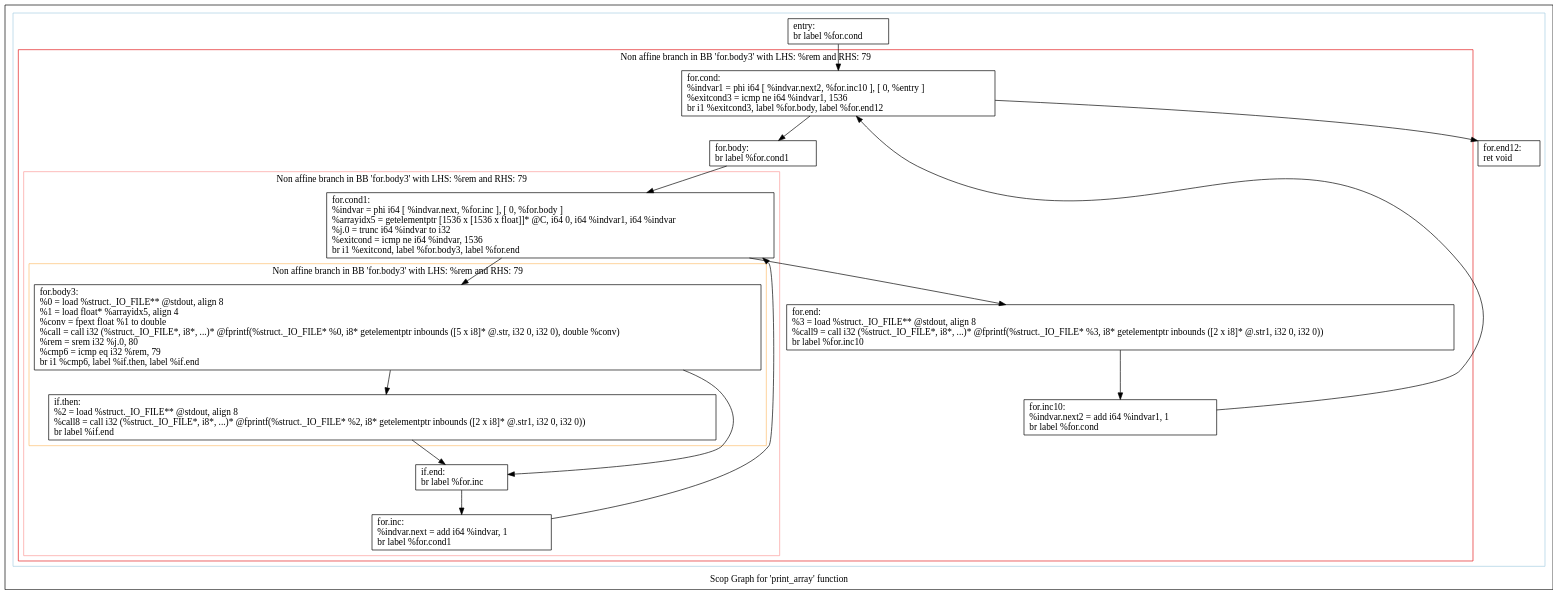
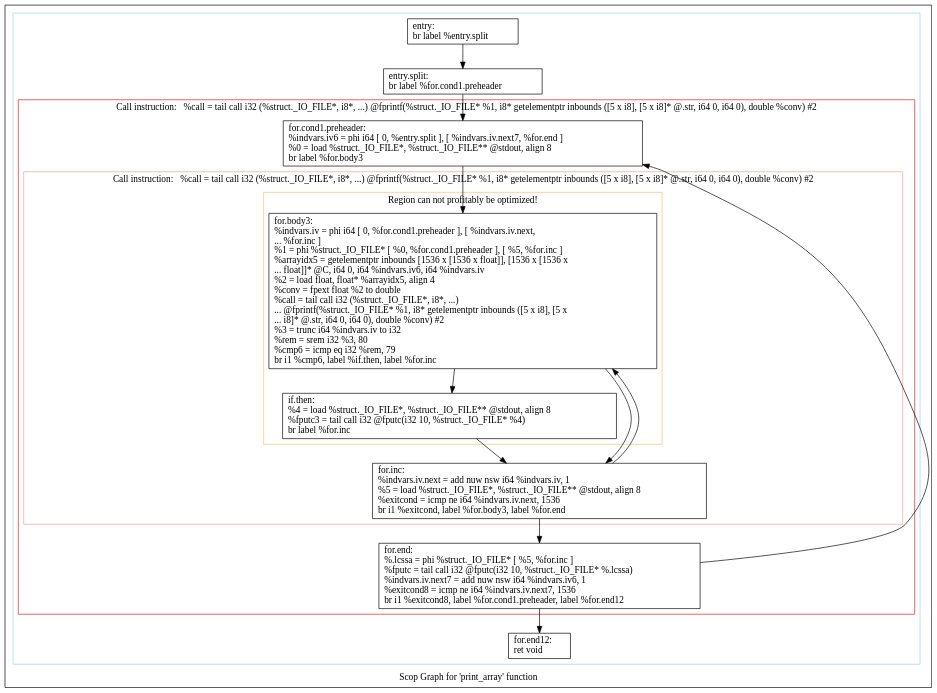
One commit to intel/quantum-intrinsics changed the diagram in polly/www/experiments/matmul/scops.print_array.dot. Above: the diagram before and after it, drawn with Graphviz. The commit also changed 20 other files, not shown here.

```diff
--- a/polly/www/experiments/matmul/scops.print_array.dot
+++ b/polly/www/experiments/matmul/scops.print_array.dot
@@ -1,60 +1,51 @@
 digraph "Scop Graph for 'print_array' function" {
 	label="Scop Graph for 'print_array' function";
 
-	Node0x17d2200 [shape=record,label="{entry:\l  br label %for.cond\l}"];
-	Node0x17d2200 -> Node0x17d4f20;
-	Node0x17d4f20 [shape=record,label="{for.cond:                                         \l  %indvar1 = phi i64 [ %indvar.next2, %for.inc10 ], [ 0, %entry ]\l  %exitcond3 = icmp ne i64 %indvar1, 1536\l  br i1 %exitcond3, label %for.body, label %for.end12\l}"];
-	Node0x17d4f20 -> Node0x17d3680;
-	Node0x17d4f20 -> Node0x17d9fc0;
-	Node0x17d3680 [shape=record,label="{for.body:                                         \l  br label %for.cond1\l}"];
-	Node0x17d3680 -> Node0x17da220;
-	Node0x17da220 [shape=record,label="{for.cond1:                                        \l  %indvar = phi i64 [ %indvar.next, %for.inc ], [ 0, %for.body ]\l  %arrayidx5 = getelementptr [1536 x [1536 x float]]* @C, i64 0, i64 %indvar1, i64 %indvar\l  %j.0 = trunc i64 %indvar to i32\l  %exitcond = icmp ne i64 %indvar, 1536\l  br i1 %exitcond, label %for.body3, label %for.end\l}"];
-	Node0x17da220 -> Node0x17d9ea0;
-	Node0x17da220 -> Node0x17da0f0;
-	Node0x17d9ea0 [shape=record,label="{for.body3:                                        \l  %0 = load %struct._IO_FILE** @stdout, align 8\l  %1 = load float* %arrayidx5, align 4\l  %conv = fpext float %1 to double\l  %call = call i32 (%struct._IO_FILE*, i8*, ...)* @fprintf(%struct._IO_FILE* %0, i8* getelementptr inbounds ([5 x i8]* @.str, i32 0, i32 0), double %conv)\l  %rem = srem i32 %j.0, 80\l  %cmp6 = icmp eq i32 %rem, 79\l  br i1 %cmp6, label %if.then, label %if.end\l}"];
-	Node0x17d9ea0 -> Node0x17d9ec0;
-	Node0x17d9ea0 -> Node0x17da060;
-	Node0x17d9ec0 [shape=record,label="{if.then:                                          \l  %2 = load %struct._IO_FILE** @stdout, align 8\l  %call8 = call i32 (%struct._IO_FILE*, i8*, ...)* @fprintf(%struct._IO_FILE* %2, i8* getelementptr inbounds ([2 x i8]* @.str1, i32 0, i32 0))\l  br label %if.end\l}"];
-	Node0x17d9ec0 -> Node0x17da060;
-	Node0x17da060 [shape=record,label="{if.end:                                           \l  br label %for.inc\l}"];
-	Node0x17da060 -> Node0x17da200;
-	Node0x17da200 [shape=record,label="{for.inc:                                          \l  %indvar.next = add i64 %indvar, 1\l  br label %for.cond1\l}"];
-	Node0x17da200 -> Node0x17da220[constraint=false];
-	Node0x17da0f0 [shape=record,label="{for.end:                                          \l  %3 = load %struct._IO_FILE** @stdout, align 8\l  %call9 = call i32 (%struct._IO_FILE*, i8*, ...)* @fprintf(%struct._IO_FILE* %3, i8* getelementptr inbounds ([2 x i8]* @.str1, i32 0, i32 0))\l  br label %for.inc10\l}"];
-	Node0x17da0f0 -> Node0x17da080;
-	Node0x17da080 [shape=record,label="{for.inc10:                                        \l  %indvar.next2 = add i64 %indvar1, 1\l  br label %for.cond\l}"];
-	Node0x17da080 -> Node0x17d4f20[constraint=false];
-	Node0x17d9fc0 [shape=record,label="{for.end12:                                        \l  ret void\l}"];
+	Node0x5b5ee00 [shape=record,label="{entry:\l  br label %entry.split\l}"];
+	Node0x5b5ee00 -> Node0x5b5ee50;
+	Node0x5b5ee50 [shape=record,label="{entry.split:                                      \l  br label %for.cond1.preheader\l}"];
+	Node0x5b5ee50 -> Node0x5b5ee70;
+	Node0x5b5ee70 [shape=record,label="{for.cond1.preheader:                              \l  %indvars.iv6 = phi i64 [ 0, %entry.split ], [ %indvars.iv.next7, %for.end ]\l  %0 = load %struct._IO_FILE*, %struct._IO_FILE** @stdout, align 8\l  br label %for.body3\l}"];
+	Node0x5b5ee70 -> Node0x5b5ee20;
+	Node0x5b5ee20 [shape=record,label="{for.body3:                                        \l  %indvars.iv = phi i64 [ 0, %for.cond1.preheader ], [ %indvars.iv.next,\l... %for.inc ]\l  %1 = phi %struct._IO_FILE* [ %0, %for.cond1.preheader ], [ %5, %for.inc ]\l  %arrayidx5 = getelementptr inbounds [1536 x [1536 x float]], [1536 x [1536 x\l... float]]* @C, i64 0, i64 %indvars.iv6, i64 %indvars.iv\l  %2 = load float, float* %arrayidx5, align 4\l  %conv = fpext float %2 to double\l  %call = tail call i32 (%struct._IO_FILE*, i8*, ...)\l... @fprintf(%struct._IO_FILE* %1, i8* getelementptr inbounds ([5 x i8], [5 x\l... i8]* @.str, i64 0, i64 0), double %conv) #2\l  %3 = trunc i64 %indvars.iv to i32\l  %rem = srem i32 %3, 80\l  %cmp6 = icmp eq i32 %rem, 79\l  br i1 %cmp6, label %if.then, label %for.inc\l}"];
+	Node0x5b5ee20 -> Node0x5b60d10;
+	Node0x5b5ee20 -> Node0x5b60d70;
+	Node0x5b60d10 [shape=record,label="{if.then:                                          \l  %4 = load %struct._IO_FILE*, %struct._IO_FILE** @stdout, align 8\l  %fputc3 = tail call i32 @fputc(i32 10, %struct._IO_FILE* %4)\l  br label %for.inc\l}"];
+	Node0x5b60d10 -> Node0x5b60d70;
+	Node0x5b60d70 [shape=record,label="{for.inc:                                          \l  %indvars.iv.next = add nuw nsw i64 %indvars.iv, 1\l  %5 = load %struct._IO_FILE*, %struct._IO_FILE** @stdout, align 8\l  %exitcond = icmp ne i64 %indvars.iv.next, 1536\l  br i1 %exitcond, label %for.body3, label %for.end\l}"];
+	Node0x5b60d70 -> Node0x5b5ee20[constraint=false];
+	Node0x5b60d70 -> Node0x5b60e10;
+	Node0x5b60e10 [shape=record,label="{for.end:                                          \l  %.lcssa = phi %struct._IO_FILE* [ %5, %for.inc ]\l  %fputc = tail call i32 @fputc(i32 10, %struct._IO_FILE* %.lcssa)\l  %indvars.iv.next7 = add nuw nsw i64 %indvars.iv6, 1\l  %exitcond8 = icmp ne i64 %indvars.iv.next7, 1536\l  br i1 %exitcond8, label %for.cond1.preheader, label %for.end12\l}"];
+	Node0x5b60e10 -> Node0x5b5ee70[constraint=false];
+	Node0x5b60e10 -> Node0x5b60e70;
+	Node0x5b60e70 [shape=record,label="{for.end12:                                        \l  ret void\l}"];
 	colorscheme = "paired12"
-        subgraph cluster_0x17d38f0 {
+        subgraph cluster_0x5b349a0 {
           label = "";
           style = solid;
           color = 1
-          subgraph cluster_0x17d4030 {
-            label = "Non affine branch in BB 'for.body3' with LHS: %rem and RHS: 79";
+          subgraph cluster_0x5b5c2c0 {
+            label = "Call instruction:   %call = tail call i32 (%struct._IO_FILE*, i8*, ...) @fprintf(%struct._IO_FILE* %1, i8* getelementptr inbounds ([5 x i8], [5 x i8]* @.str, i64 0, i64 0), double %conv) #2";
             style = solid;
             color = 6
-            subgraph cluster_0x17d3fb0 {
-              label = "Non affine branch in BB 'for.body3' with LHS: %rem and RHS: 79";
+            subgraph cluster_0x5b5c240 {
+              label = "Call instruction:   %call = tail call i32 (%struct._IO_FILE*, i8*, ...) @fprintf(%struct._IO_FILE* %1, i8* getelementptr inbounds ([5 x i8], [5 x i8]* @.str, i64 0, i64 0), double %conv) #2";
               style = solid;
               color = 5
-              subgraph cluster_0x17d3f30 {
-                label = "Non affine branch in BB 'for.body3' with LHS: %rem and RHS: 79";
+              subgraph cluster_0x5b34a20 {
+                label = "Region can not profitably be optimized!";
                 style = solid;
                 color = 7
-                Node0x17d9ea0;
-                Node0x17d9ec0;
+                Node0x5b5ee20;
+                Node0x5b60d10;
               }
-              Node0x17da220;
-              Node0x17da060;
-              Node0x17da200;
+              Node0x5b60d70;
             }
-            Node0x17d4f20;
-            Node0x17d3680;
-            Node0x17da0f0;
-            Node0x17da080;
+            Node0x5b5ee70;
+            Node0x5b60e10;
           }
-          Node0x17d2200;
-          Node0x17d9fc0;
+          Node0x5b5ee00;
+          Node0x5b5ee50;
+          Node0x5b60e70;
         }
 }
```
